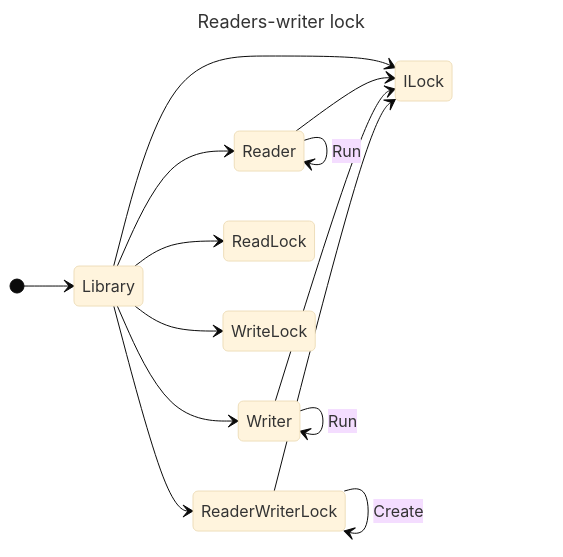
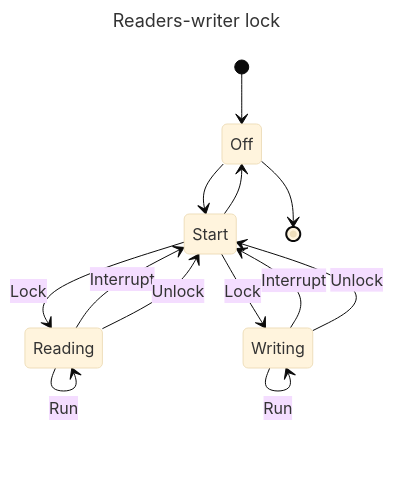
The second of 2 diagrams in README.md (Trush-Maryna/ReadersWriterLock), drawn with Mermaid (base theme) before and after one commit.

````diff
--- a/README.md
+++ b/README.md
@@ -68,22 +68,18 @@
 ```mermaid
 ---
 title: Readers-writer lock
 ---
 stateDiagram
-    direction LR
-    [*] --> Library
-    Library --> Reader
-    Library --> Writer
-    Library --> ILock
-    Library --> ReadLock
-    Library --> WriteLock
-    Library --> ReaderWriterLock
-    Reader --> ILock
-    Writer --> ILock
-    ReaderWriterLock --> ILock
-    Reader --> Reader: Create
-    Writer --> Writer: Create
-    ReaderWriterLock --> ReaderWriterLock: Create
-    Reader --> Reader: Run
-    Writer --> Writer: Run
+    [*] --> Off
+    Off --> Start
+    Start --> Reading: Lock
+    Reading --> Reading: Run
+    Reading --> Start: Interrupt
+    Reading --> Start: Unlock
+    Start --> Writing: Lock
+    Writing --> Writing: Run
+    Writing --> Start: Interrupt
+    Writing --> Start: Unlock
+    Start --> Off
+    Off --> [*]
 ```
````
